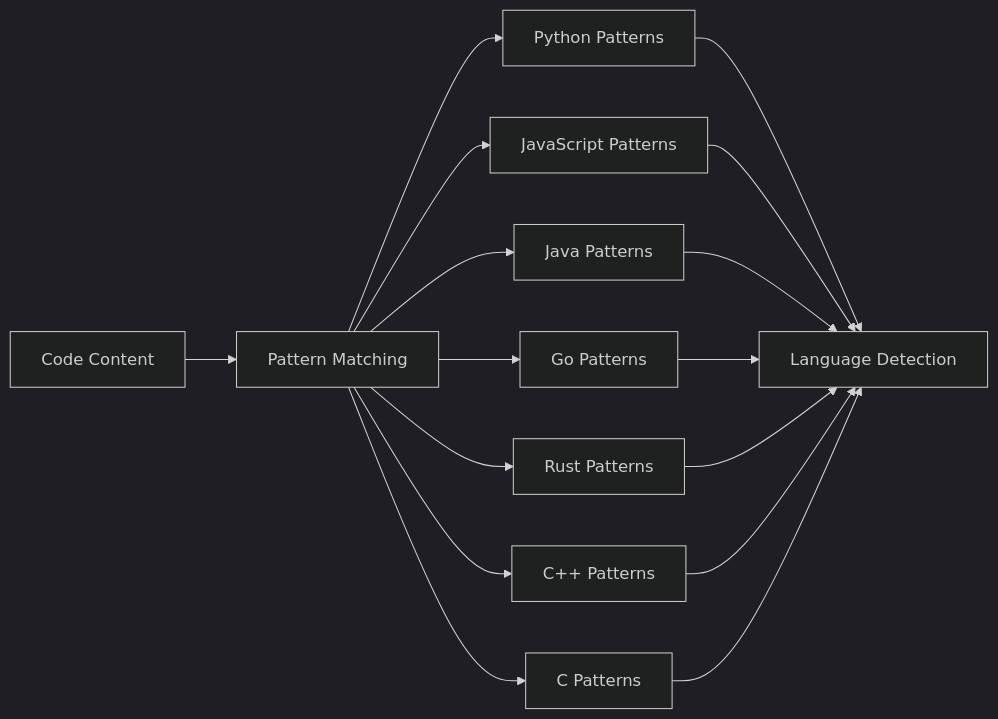
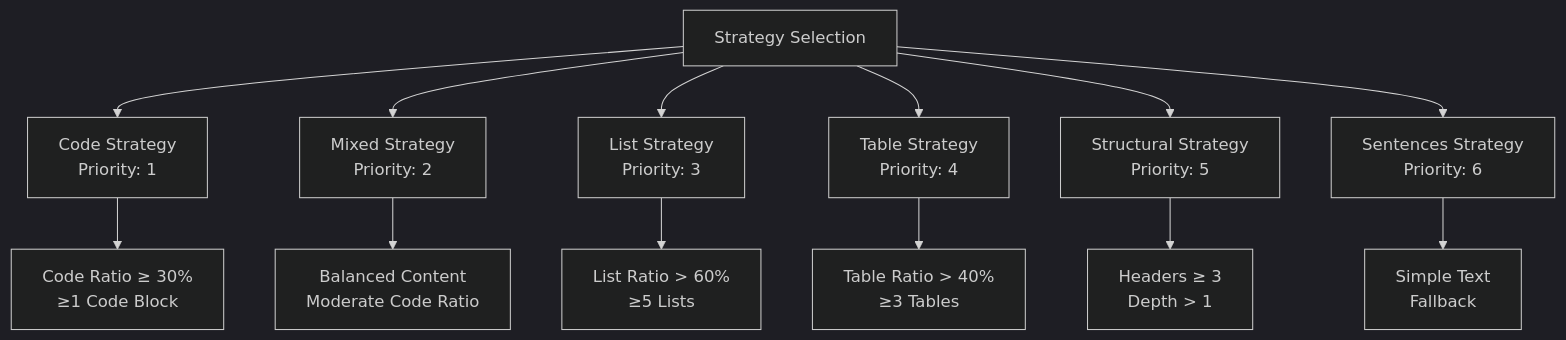
Before and after one commit to asukhodko/dify-markdown-chunker: the third of 5 diagrams in .qoder/repowiki/en/content/Chunking Strategies/Code Strategy.md, drawn with Mermaid (dark theme). The commit also changed other lines of this file and 205 other files, not shown here.

````diff
--- a/.qoder/repowiki/en/content/Chunking Strategies/Code Strategy.md
+++ b/.qoder/repowiki/en/content/Chunking Strategies/Code Strategy.md
@@ -225,18 +119,15 @@
 ```mermaid
-flowchart LR
-A["Code Content"] --> B["Pattern Matching"]
-B --> C["Python Patterns"]
-B --> D["JavaScript Patterns"]
-B --> E["Java Patterns"]
-B --> F["Go Patterns"]
-B --> G["Rust Patterns"]
-B --> H["C++ Patterns"]
-B --> I["C Patterns"]
-C --> J["Language Detection"]
-D --> J
-E --> J
-F --> J
-G --> J
-H --> J
-I --> J
+graph TD
+A["Strategy Selection"] --> B["Code Strategy<br/>Priority: 1"]
+A --> C["Mixed Strategy<br/>Priority: 2"]
+A --> D["List Strategy<br/>Priority: 3"]
+A --> E["Table Strategy<br/>Priority: 4"]
+A --> F["Structural Strategy<br/>Priority: 5"]
+A --> G["Sentences Strategy<br/>Priority: 6"]
+B --> H["Code Ratio ≥ 30%<br/>≥1 Code Block"]
+C --> I["Balanced Content<br/>Moderate Code Ratio"]
+D --> J["List Ratio > 60%<br/>≥5 Lists"]
+E --> K["Table Ratio > 40%<br/>≥3 Tables"]
+F --> L["Headers ≥ 3<br/>Depth > 1"]
+G --> M["Simple Text<br/>Fallback"]
 ```
````
